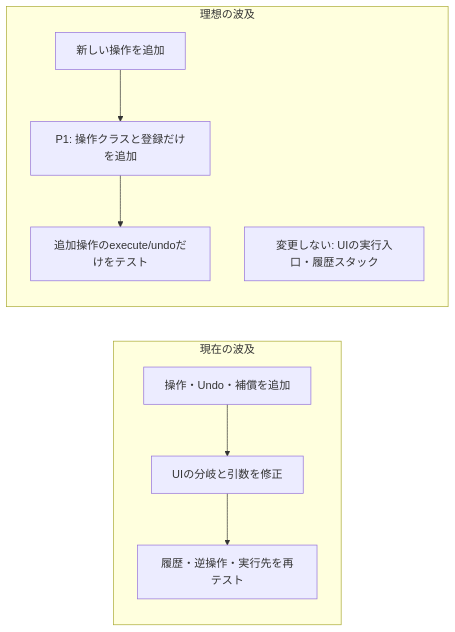
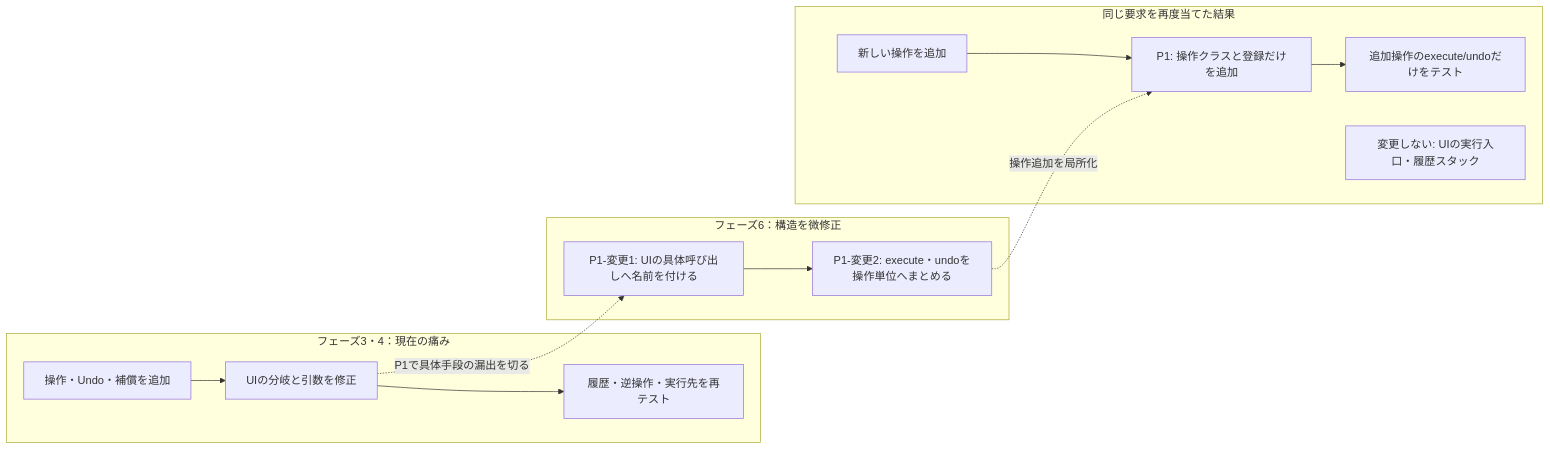
One commit to kumachan1101-pixel/DesignPattern changed the eighth of 15 diagrams in kindle/design-patterns/output/chapter05.md. Above: the diagram before and after it, drawn with Mermaid. The commit also changed other lines of this file and 22 other files, not shown here.

````diff
--- a/kindle/design-patterns/output/chapter05.md
+++ b/kindle/design-patterns/output/chapter05.md
@@ -850,12 +850,17 @@
 ```mermaid
 flowchart LR
-    subgraph Current["現在の波及"]
+    subgraph Pain["フェーズ3・4：現在の痛み"]
         CR["操作・Undo・補償を追加"] --> C1["UIの分岐と引数を修正"]
         C1 --> C2["履歴・逆操作・実行先を再テスト"]
     end
-    subgraph Ideal["理想の波及"]
+    subgraph StructuralChange["フェーズ6：構造を微修正"]
+        S1["P1-変更1: UIの具体呼び出しへ名前を付ける"] --> S2["P1-変更2: execute・undoを操作単位へまとめる"]
+    end
+    subgraph Result["同じ要求を再度当てた結果"]
         IR["新しい操作を追加"] --> I1["P1: 操作クラスと登録だけを追加"]
         I1 --> I2["追加操作のexecute/undoだけをテスト"]
         IS["変更しない: UIの実行入口・履歴スタック"]
     end
+    C1 -. "P1で具体手段の漏出を切る" .-> S1
+    S2 -. "操作追加を局所化" .-> I1
 ```
````
